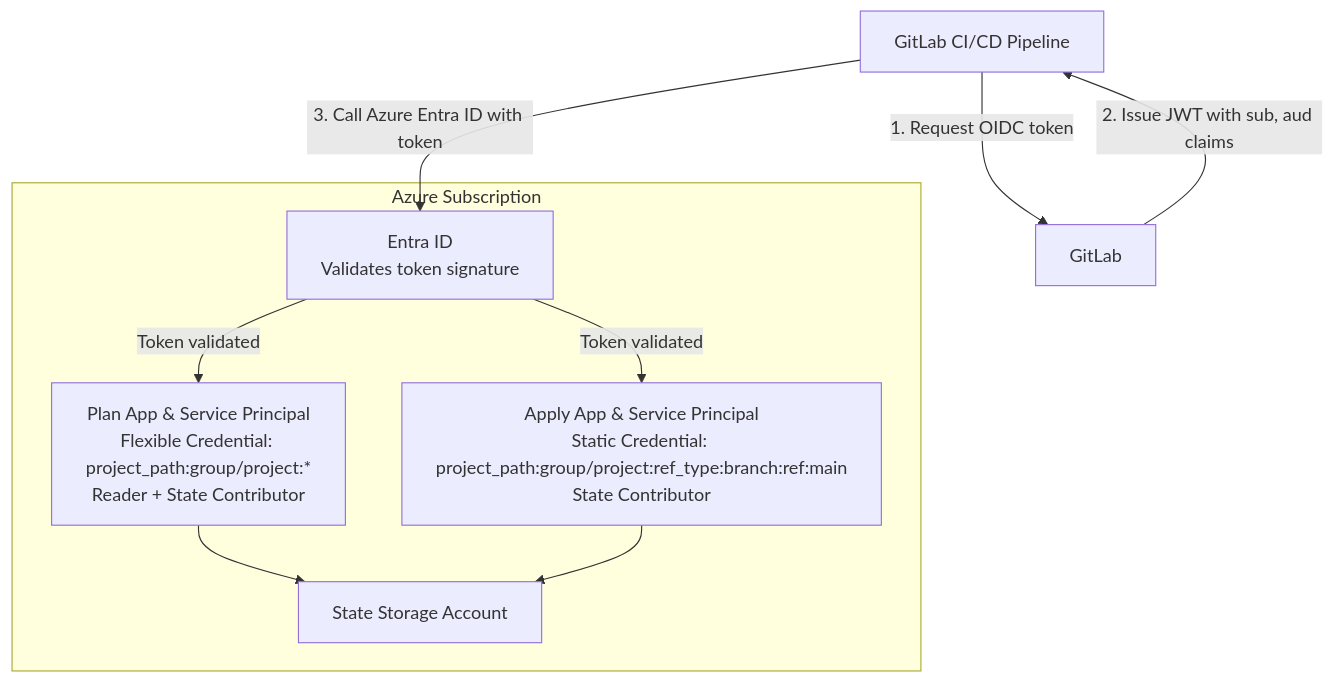
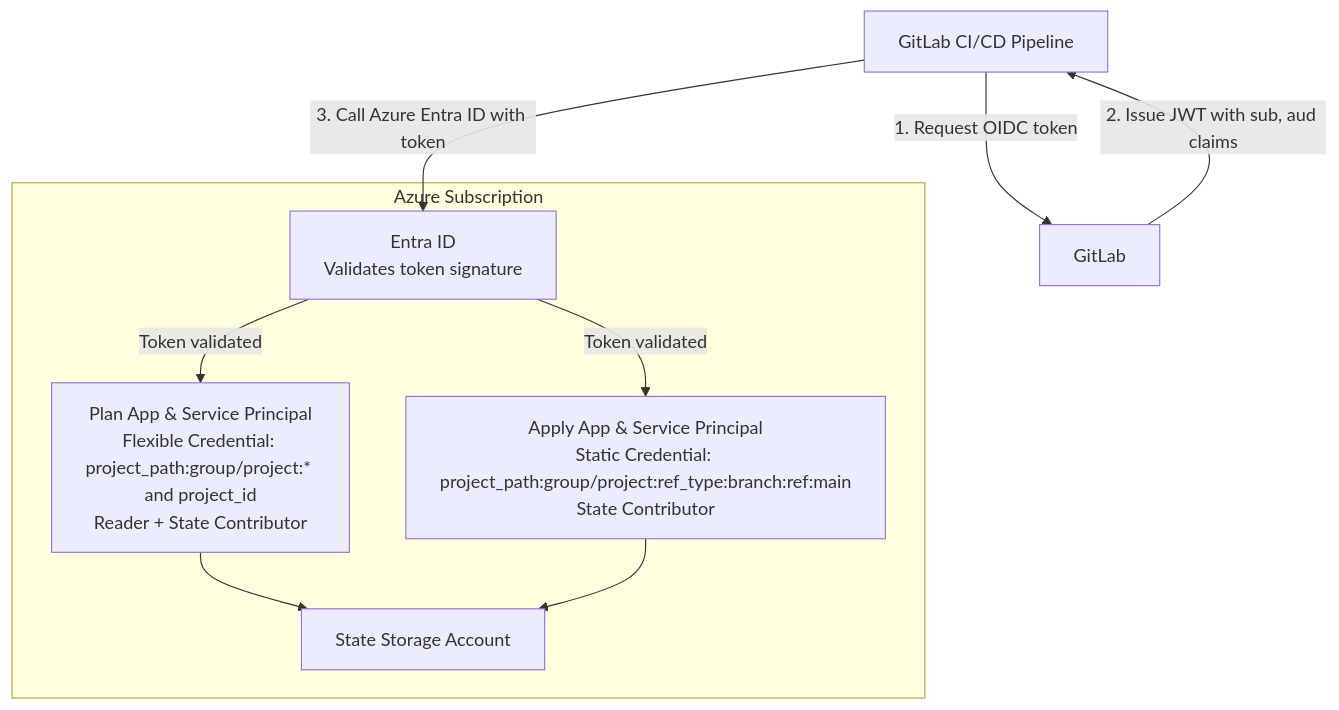
One commit to gruntwork-io/terragrunt-scale-catalog changed the diagram in stacks/azure/gitlab/pipelines-bootstrap/README.md. Above: the diagram before and after it, drawn with Mermaid. The commit also changed other lines of this file and 7 other files, not shown here.

First line of the commit message:
fix: pin the GitLab Azure plan credential to the project ID

````diff
--- a/stacks/azure/gitlab/pipelines-bootstrap/README.md
+++ b/stacks/azure/gitlab/pipelines-bootstrap/README.md
@@ -61,21 +62,21 @@
 ```mermaid
 flowchart TD
     A[GitLab CI/CD Pipeline] -->|1. Request OIDC token| B[GitLab]
     B -->|2. Issue JWT with sub, aud claims| A
     A -->|3. Call Azure Entra ID with token| C[Entra ID]
 
     subgraph Azure["Azure Subscription"]
         C[Entra ID<br/>Validates token signature]
 
         C -->|Token validated| D[Plan App & SP]
         C -->|Token validated| E[Apply App & SP]
 
-        D[Plan App & Service Principal<br/>Flexible Credential: project_path:group/project:*<br/>Reader + State Contributor]
+        D[Plan App & Service Principal<br/>Flexible Credential: project_path:group/project:* and project_id<br/>Reader + State Contributor]
         E[Apply App & Service Principal<br/>Static Credential: project_path:group/project:ref_type:branch:ref:main<br/>State Contributor]
 
         D --> F[State Storage]
         E --> F[State Storage]
 
         F[State Storage Account]
     end
 ```
````
